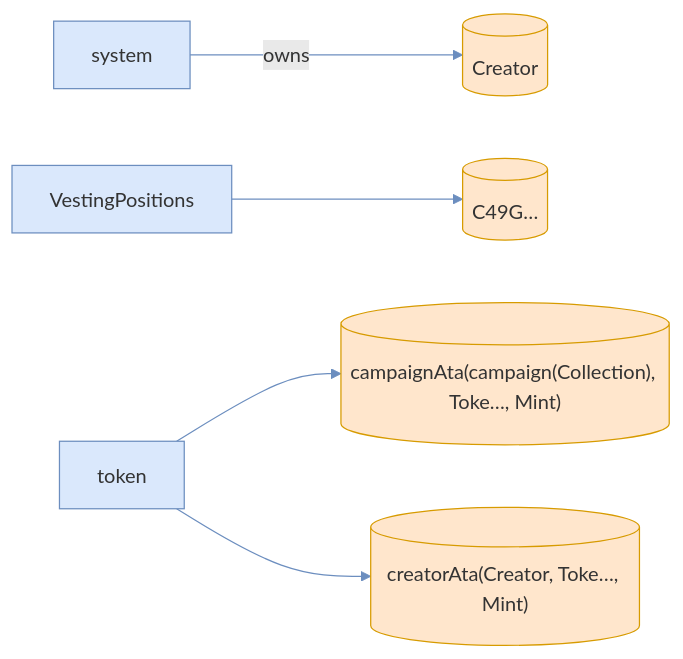
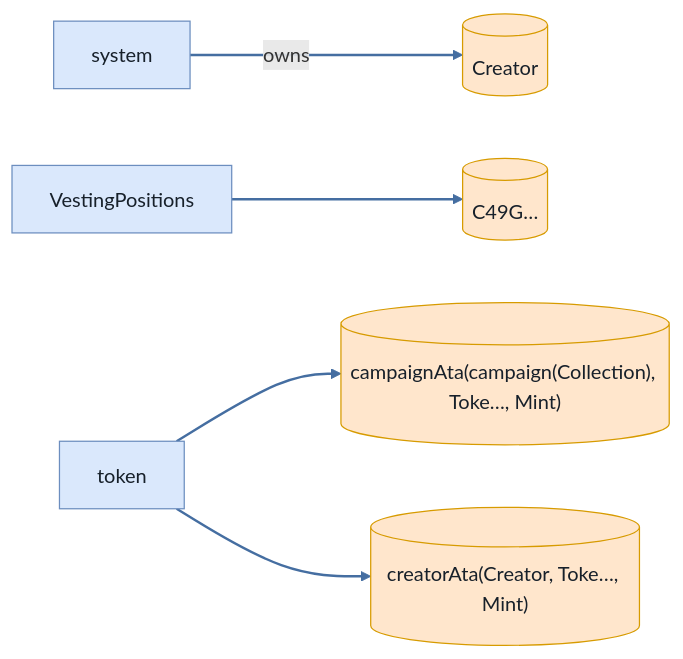
The sixth of 6 diagrams in babelfish-tests/test-report/clawback_unclaimed_before_grace_fails.md (cds-turbin3/vesting-position), drawn with Mermaid before and after one commit. The commit also changed other lines of this file and 106 other files, not shown here.

````diff
--- a/babelfish-tests/test-report/clawback_unclaimed_before_grace_fails.md
+++ b/babelfish-tests/test-report/clawback_unclaimed_before_grace_fails.md
@@ -246,18 +245,18 @@
 ```mermaid
 flowchart LR
     system["system"]:::program
     Creator[("Creator")]:::state
     VestingPositions["VestingPositions"]:::program
     C49G[("C49G…")]:::state
     token["token"]:::program
     campaignAtacampaignCollectionTokeMint[("campaignAta(campaign(Collection), Toke…, Mint)")]:::state
     creatorAtaCreatorTokeMint[("creatorAta(Creator, Toke…, Mint)")]:::state
     system -->|owns| Creator
     VestingPositions --> C49G
     token --> campaignAtacampaignCollectionTokeMint
     token --> creatorAtaCreatorTokeMint
-    classDef program fill:#dae8fc,stroke:#6c8ebf;
-    classDef signer fill:#d5e8d4,stroke:#82b366;
-    classDef state fill:#ffe6cc,stroke:#d79b00;
-    linkStyle 0,1,2,3 stroke:#6c8ebf
+    classDef program fill:#dae8fc,stroke:#6c8ebf,color:#17202a;
+    classDef signer fill:#d5e8d4,stroke:#82b366,color:#17202a;
+    classDef state fill:#ffe6cc,stroke:#d79b00,color:#17202a;
+    linkStyle 0,1,2,3 stroke:#456ea1,stroke-width:2px
 ```
````
